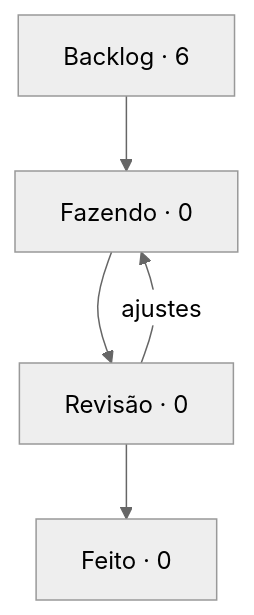
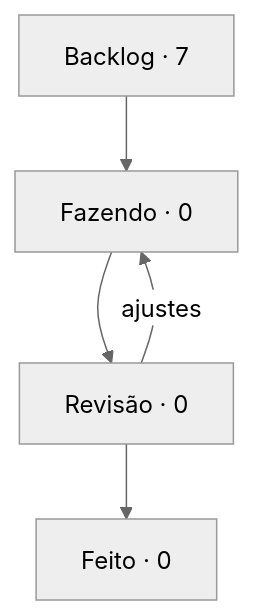
One commit to StudioVibi/VibiKanban changed the diagram in boards/dungeon-bend/BOARD.md. Above: the diagram before and after it, drawn with Mermaid (neutral theme). The commit also changed other lines of this file and 2 other files, not shown here.

````diff
--- a/boards/dungeon-bend/BOARD.md
+++ b/boards/dungeon-bend/BOARD.md
@@ -5,10 +5,10 @@
 ```mermaid
 flowchart TD
-  backlog["Backlog · 6"] --> doing["Fazendo · 0"]
+  backlog["Backlog · 7"] --> doing["Fazendo · 0"]
   doing --> review["Revisão · 0"]
   review --> done["Feito · 0"]
   review -->|ajustes| doing
   doing:::blue
   review:::yellow
   done:::green
 ```
````
